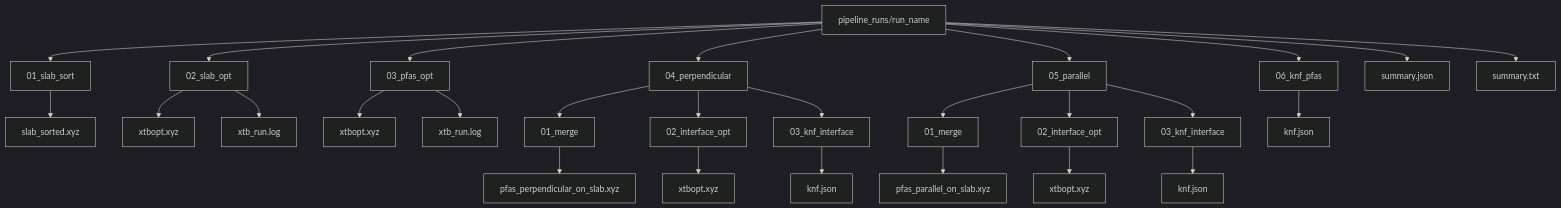
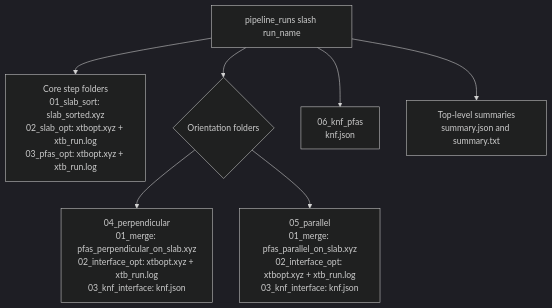
Before and after one commit to Prasanna163/PFAS-Interfacial-Package: the diagram in docs/repo_report/figures/run_directory_layout.mmd, drawn with Mermaid (dark theme). The commit also changed 8 other files, not shown here.

Commit message:
Tighten Mermaid figure sizing and improve report layout

```diff
--- a/docs/repo_report/figures/run_directory_layout.mmd
+++ b/docs/repo_report/figures/run_directory_layout.mmd
@@ -1,34 +1,8 @@
-flowchart TD
-    R[pipeline_runs/run_name]
-    R --> S1[01_slab_sort]
-    R --> S2[02_slab_opt]
-    R --> S3[03_pfas_opt]
-    R --> S4[04_perpendicular]
-    R --> S5[05_parallel]
-    R --> S6[06_knf_pfas]
-    R --> S7[summary.json]
-    R --> S8[summary.txt]
-
-    S1 --> S1a[slab_sorted.xyz]
-    S2 --> S2a[xtbopt.xyz]
-    S2 --> S2b[xtb_run.log]
-    S3 --> S3a[xtbopt.xyz]
-    S3 --> S3b[xtb_run.log]
-
-    S4 --> P1[01_merge]
-    S4 --> P2[02_interface_opt]
-    S4 --> P3[03_knf_interface]
-
-    S5 --> Q1[01_merge]
-    S5 --> Q2[02_interface_opt]
-    S5 --> Q3[03_knf_interface]
-
-    P1 --> P1a[pfas_perpendicular_on_slab.xyz]
-    P2 --> P2a[xtbopt.xyz]
-    P3 --> P3a[knf.json]
-
-    Q1 --> Q1a[pfas_parallel_on_slab.xyz]
-    Q2 --> Q2a[xtbopt.xyz]
-    Q3 --> Q3a[knf.json]
-
-    S6 --> S6a[knf.json]
+flowchart TB
+    R[pipeline_runs slash run_name]
+    R --> C[Core step folders<br/>01_slab_sort: slab_sorted.xyz<br/>02_slab_opt: xtbopt.xyz + xtb_run.log<br/>03_pfas_opt: xtbopt.xyz + xtb_run.log]
+    R --> B{Orientation folders}
+    B --> P[04_perpendicular<br/>01_merge: pfas_perpendicular_on_slab.xyz<br/>02_interface_opt: xtbopt.xyz + xtb_run.log<br/>03_knf_interface: knf.json]
+    B --> Q[05_parallel<br/>01_merge: pfas_parallel_on_slab.xyz<br/>02_interface_opt: xtbopt.xyz + xtb_run.log<br/>03_knf_interface: knf.json]
+    R --> K[06_knf_pfas<br/>knf.json]
+    R --> S[Top-level summaries<br/>summary.json and summary.txt]
```
